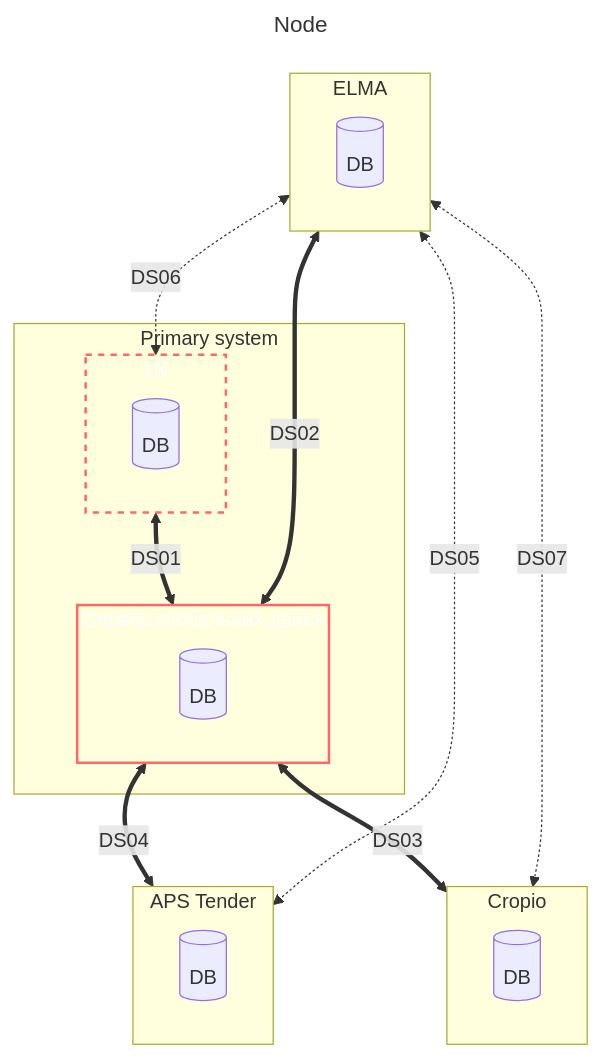
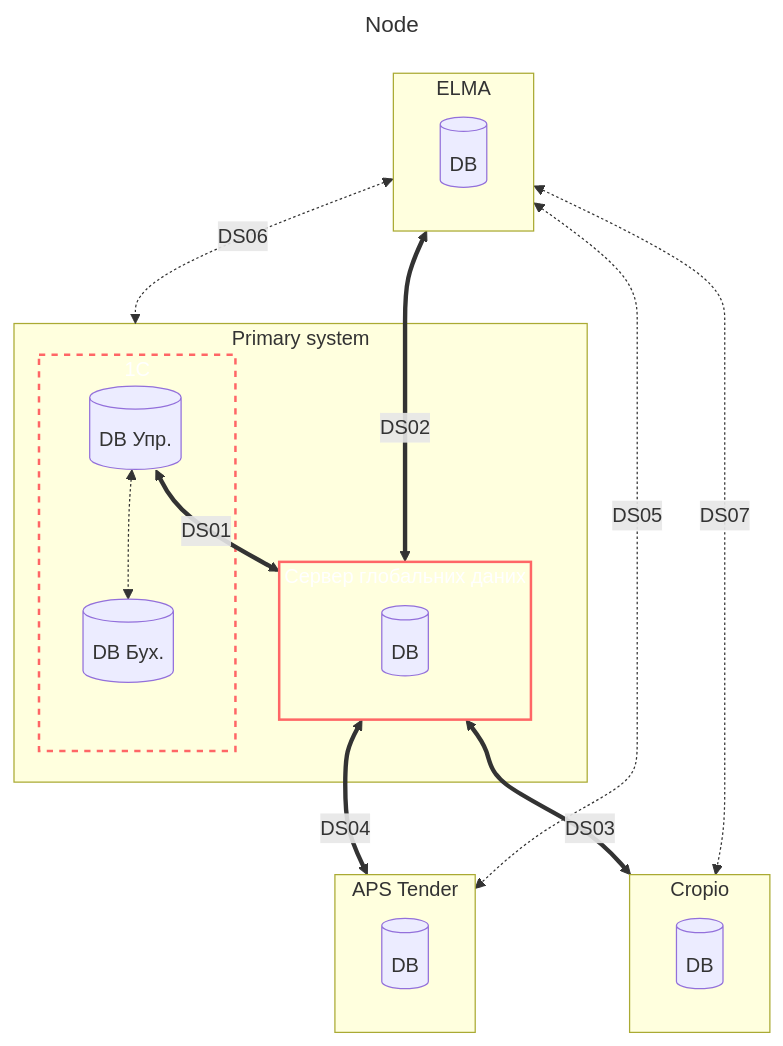
One commit to Zorin-Mykhailo/Kusto changed the diagram in README.md. Above: the diagram before and after it, drawn with Mermaid. The commit also changed other lines of this file, not shown here.

````diff
--- a/README.md
+++ b/README.md
@@ -1,40 +1,43 @@
 ```mermaid
 ---
 title: Node
 ---
 flowchart TD
     subgraph PS ["Primary system"]
-        subgraph OneS ["1Ñ"]
-        OneS_DB[(DB)]
+        subgraph OneS ["1C"]
+        OneS_DB_Mng[("DB Упр.")]
+        OneS_DB_Acc[("DB Бух.")]
+        
+        OneS_DB_Mng <.-> OneS_DB_Acc
         end
 
         subgraph GDS["Сервер глобальних даних"]
         KGDS_DB[(DB)]
         end
     end
     
     
     subgraph Elma ["ELMA"]
     Elma_DB[(DB)]
     end
 
     subgraph Cropio ["Cropio"]
     Cropio_DB[(DB)]
     end
 
     subgraph Aps ["APS Tender"]
     Aps_DB[(DB)]
     end
     
     
-    OneS <==>|DS01| GDS
+    OneS_DB_Mng <==>|DS01| GDS
     GDS <==>|DS02| Elma
     GDS <==>|DS03| Cropio
     GDS <==>|DS04| Aps
     Elma <-.->|DS05| Aps
     Elma <-.->|DS06| OneS
     Elma <-.->|DS07| Cropio
     
     style GDS stroke:#f66,stroke-width:2px,color:#fff
     style OneS stroke:#f66,stroke-width:2px,color:#fff,stroke-dasharray: 5 5
 ```
````
